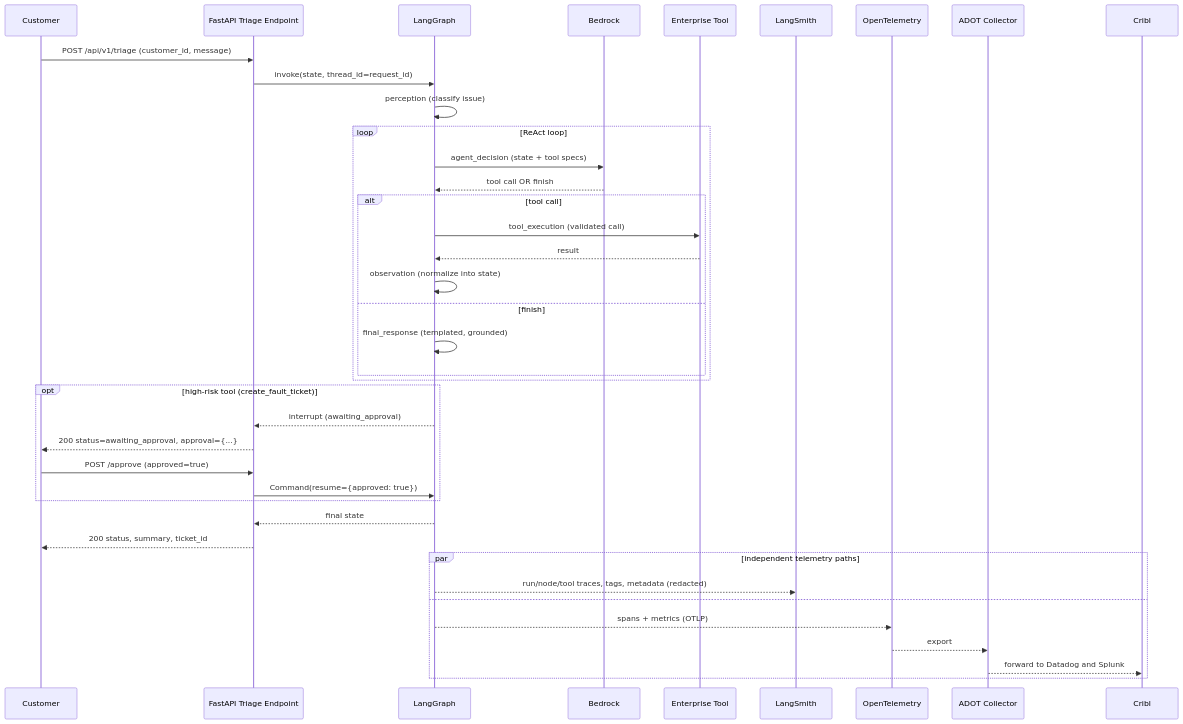
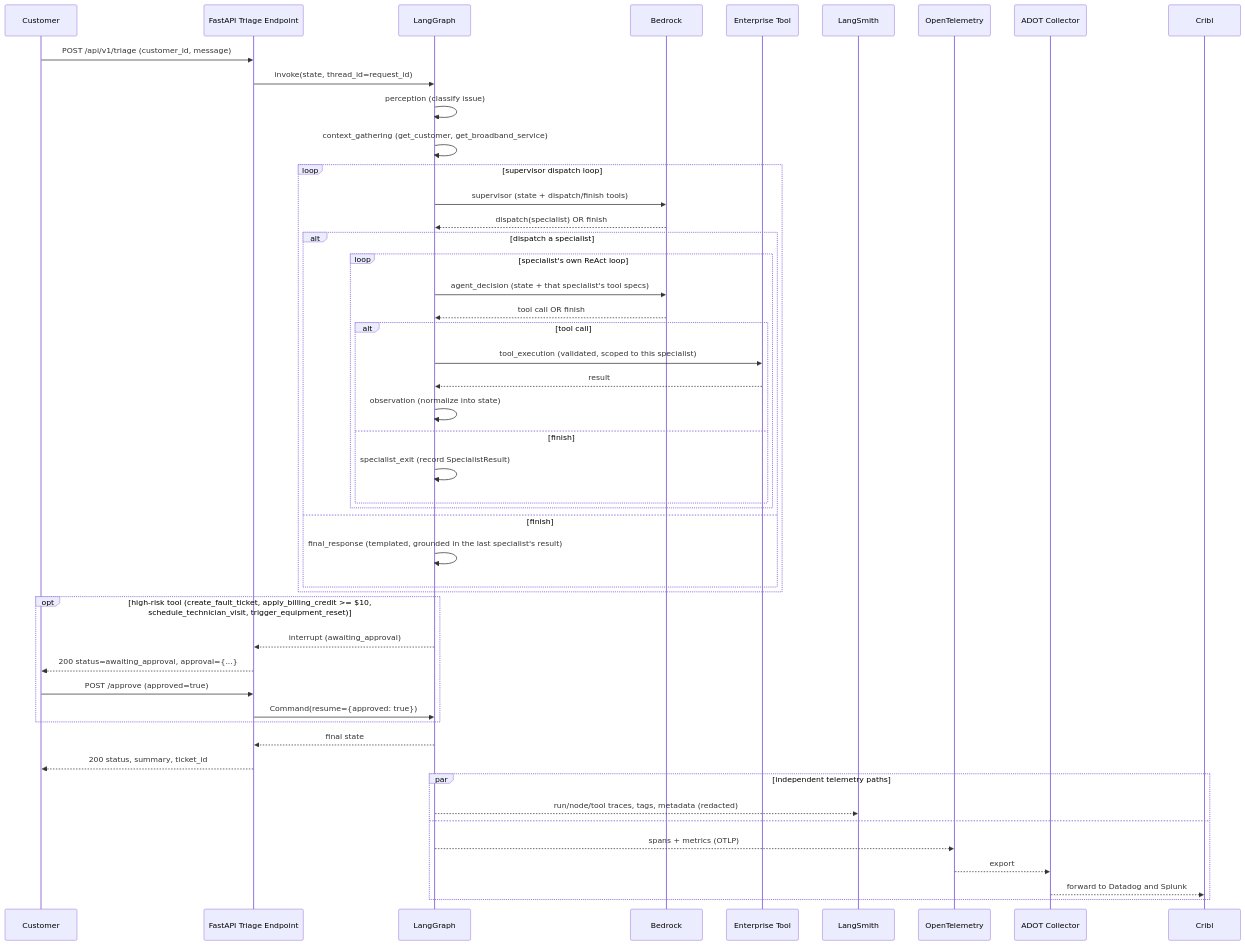
The fifth of 5 diagrams in docs/architecture.md (linyanqing/BroadbandServiceTriageAIAgent), drawn with Mermaid before and after one commit. The commit also changed other lines of this file and 48 other files, not shown here.

````diff
--- a/docs/architecture.md
+++ b/docs/architecture.md
@@ -110,42 +146,51 @@
 ```mermaid
 sequenceDiagram
     participant C as Customer
     participant API as FastAPI Triage Endpoint
     participant G as LangGraph
     participant B as Bedrock
     participant T as Enterprise Tool
     participant LS as LangSmith
     participant OT as OpenTelemetry
     participant ADOT as ADOT Collector
     participant CS as Cribl
 
     C->>API: POST /api/v1/triage (customer_id, message)
     API->>G: invoke(state, thread_id=request_id)
     G->>G: perception (classify issue)
-    loop ReAct loop
-        G->>B: agent_decision (state + tool specs)
-        B-->>G: tool call OR finish
-        alt tool call
-            G->>T: tool_execution (validated call)
-            T-->>G: result
-            G->>G: observation (normalize into state)
+    G->>G: context_gathering (get_customer, get_broadband_service)
+    loop supervisor dispatch loop
+        G->>B: supervisor (state + dispatch/finish tools)
+        B-->>G: dispatch(specialist) OR finish
+        alt dispatch a specialist
+            loop specialist's own ReAct loop
+                G->>B: agent_decision (state + that specialist's tool specs)
+                B-->>G: tool call OR finish
+                alt tool call
+                    G->>T: tool_execution (validated, scoped to this specialist)
+                    T-->>G: result
+                    G->>G: observation (normalize into state)
+                else finish
+                    G->>G: specialist_exit (record SpecialistResult)
+                end
+            end
         else finish
-            G->>G: final_response (templated, grounded)
+            G->>G: final_response (templated, grounded in the last specialist's result)
         end
     end
-    opt high-risk tool (create_fault_ticket)
+    opt high-risk tool (create_fault_ticket, apply_billing_credit >= $10,<br/>schedule_technician_visit, trigger_equipment_reset)
         G-->>API: interrupt (awaiting_approval)
         API-->>C: 200 status=awaiting_approval, approval={...}
         C->>API: POST /approve (approved=true)
         API->>G: Command(resume={approved: true})
     end
     G-->>API: final state
     API-->>C: 200 status, summary, ticket_id
     par independent telemetry paths
         G-->>LS: run/node/tool traces, tags, metadata (redacted)
     and
         G-->>OT: spans + metrics (OTLP)
         OT-->>ADOT: export
         ADOT-->>CS: forward to Datadog and Splunk
     end
 ```
````
